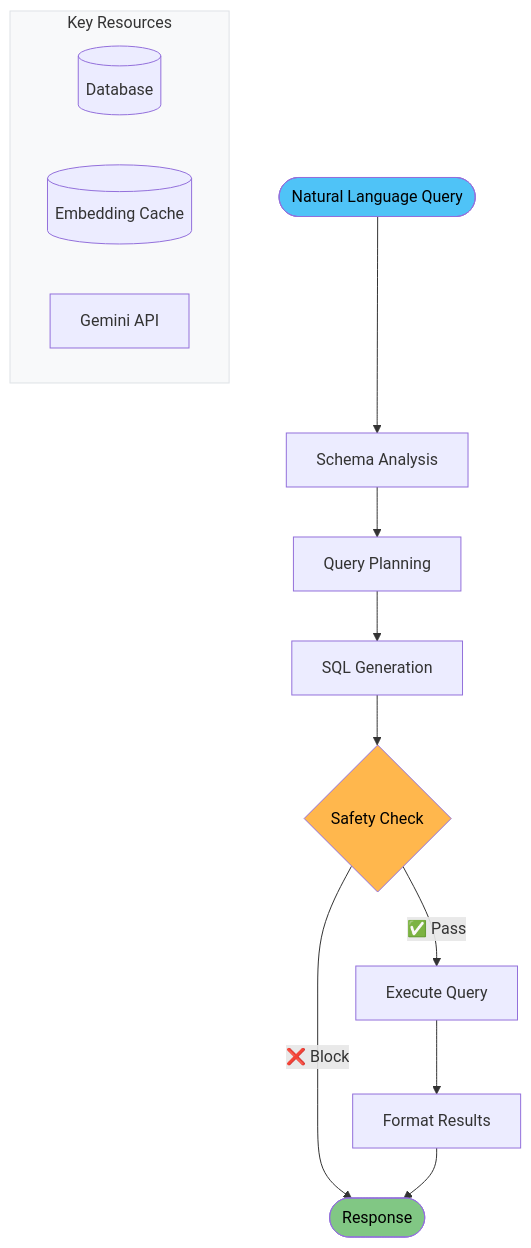
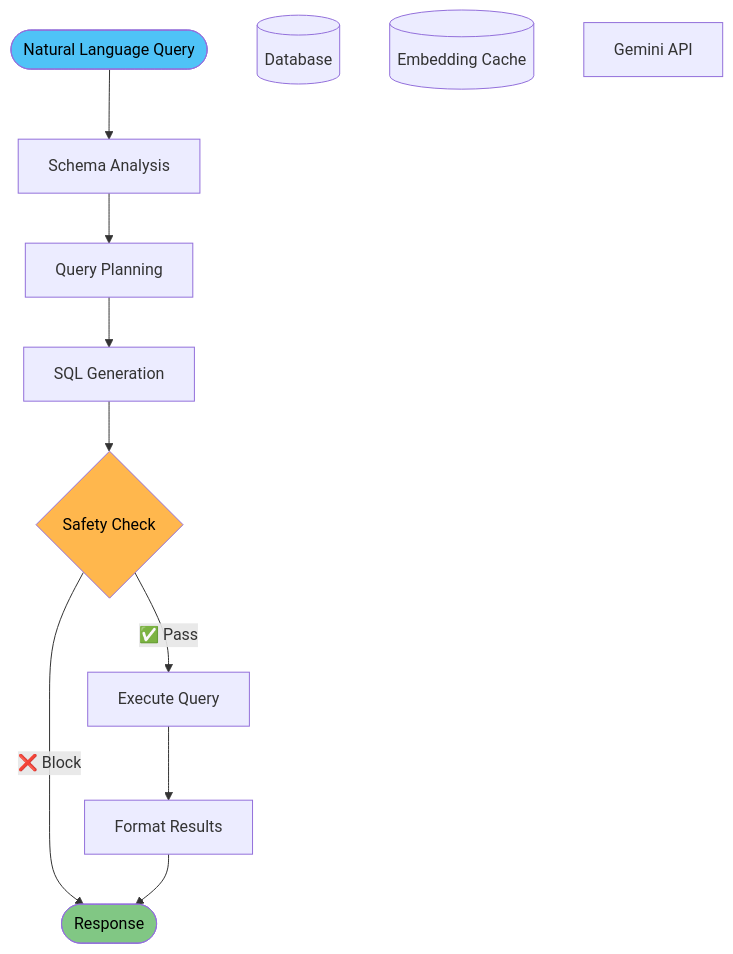
Before and after one commit to keo571/netquery: the diagram in README.md, drawn with Mermaid.

Commit message:
Remove subgraph from Mermaid chart for cleaner layout
- Remove subgraph box around resources
- Show Database, Embedding Cache, and Gemini API as standalone nodes
- Clean, flat layout without unnecessary grouping
- Resources are visible but don't create visual boxes
- Simpler and cleaner appearance

🤖 Generated with [Claude Code](https://claude.ai/code)

````diff
--- a/README.md
+++ b/README.md
@@ -7,22 +7,19 @@
 ```mermaid
 flowchart TD
     A([Natural Language Query]) --> B[Schema Analysis]
     B --> C[Query Planning] 
     C --> D[SQL Generation]
     D --> E{Safety Check}
     E -->|✅ Pass| F[Execute Query]
     E -->|❌ Block| H
     F --> G[Format Results]
     G --> H([Response])
     
-    subgraph resources ["Key Resources"]
-        DB[(Database)]
-        CACHE[(Embedding Cache)]
-        LLM[Gemini API]
-    end
+    DB[(Database)]
+    CACHE[(Embedding Cache)]
+    LLM[Gemini API]
     
     style A fill:#4FC3F7,color:#000
     style H fill:#81C784,color:#000
     style E fill:#FFB74D,color:#000
-    style resources fill:#f8f9fa,stroke:#dee2e6
 ```
````
